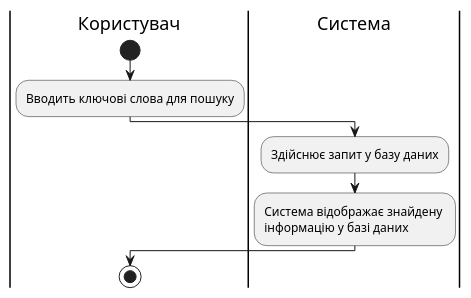
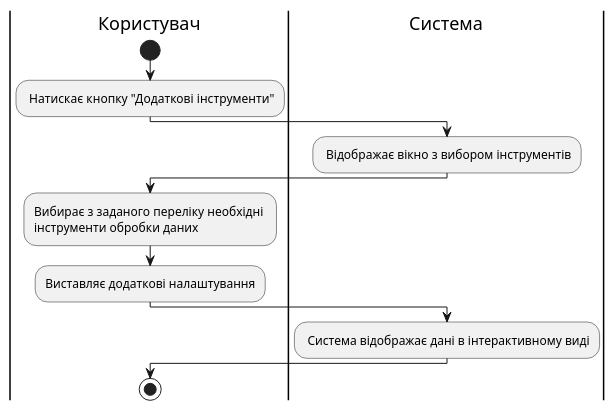
The diagram in src/uml/UC_2.2.puml (anrikolo/obd), drawn with PlantUML before and after one commit.

```diff
--- a/src/uml/UC_2.2.puml
+++ b/src/uml/UC_2.2.puml
@@ -1,12 +1,15 @@
 @startuml
 
 |Користувач|
-    start
-    :Вводить ключові слова для пошуку;
+        start
+        : Натискає кнопку "Додаткові інструменти";
     |Система|
-    :Здійснює запит у базу даних;
+        : Відображає вікно з вибором інструментів;
+    |Користувач|
+        :Вибирає з заданого переліку необхідні \nінструменти обробки даних;
+        :Виставляє додаткові налаштування;
     |Система|
-    :Система відображає знайдену \nінформацію у базі даних;
+        : Система відображає дані в інтерактивному виді;
     |Користувач|
-    stop;
+        stop;
 @enduml
```
